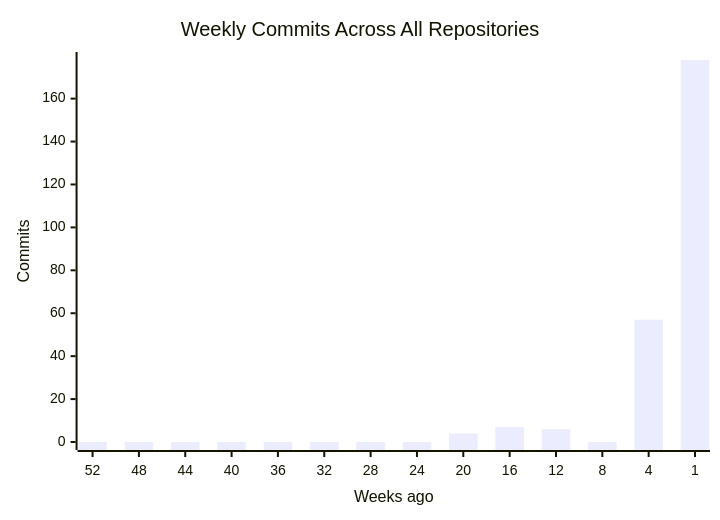
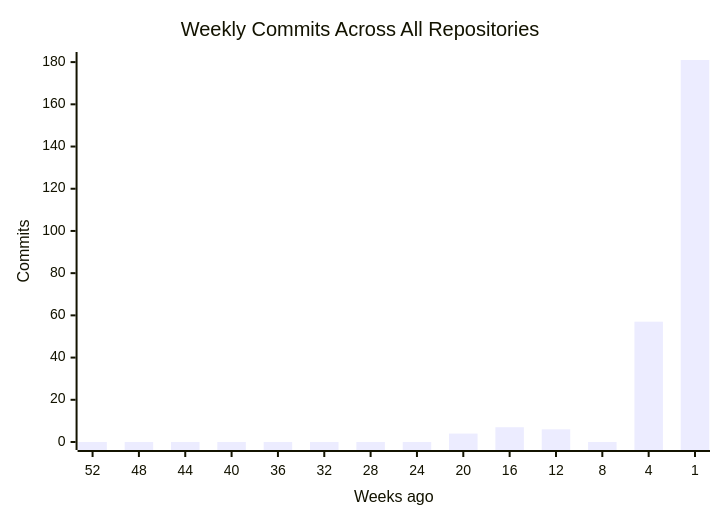
Before and after one commit to CSTH-Projects/.github: the first of 4 diagrams in profile/README.md, drawn with Mermaid. The commit also changed other lines of this file, not shown here.

````diff
--- a/profile/README.md
+++ b/profile/README.md
@@ -16,7 +16,7 @@
 ```mermaid
 xychart-beta
     title "Weekly Commits Across All Repositories"
     x-axis "Weeks ago" [52, 48, 44, 40, 36, 32, 28, 24, 20, 16, 12, 8, 4, 1]
     y-axis "Commits"
-    bar [0, 0, 0, 0, 0, 0, 0, 0, 4, 7, 6, 0, 57, 178]
+    bar [0, 0, 0, 0, 0, 0, 0, 0, 4, 7, 6, 0, 57, 181]
 ```
````
